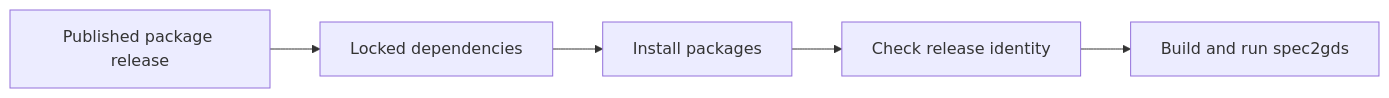
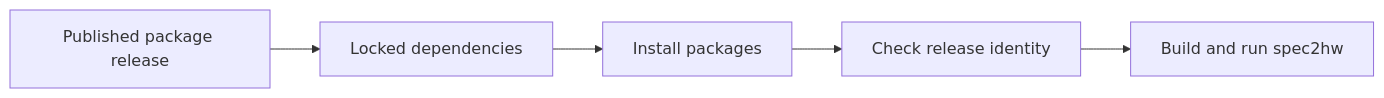
One commit to ankdesh/spec2gds changed the diagram in docs/harness-packages.md. Above: the diagram before and after it, drawn with Mermaid. The commit also changed other lines of this file and 102 other files, not shown here.

````diff
--- a/docs/harness-packages.md
+++ b/docs/harness-packages.md
@@ -8,7 +8,7 @@
 ```mermaid
 flowchart LR
     R[Published package release] --> L[Locked dependencies]
     L --> I[Install packages]
     I --> C[Check release identity]
-    C --> B[Build and run spec2gds]
+    C --> B[Build and run spec2hw]
 ```
````
